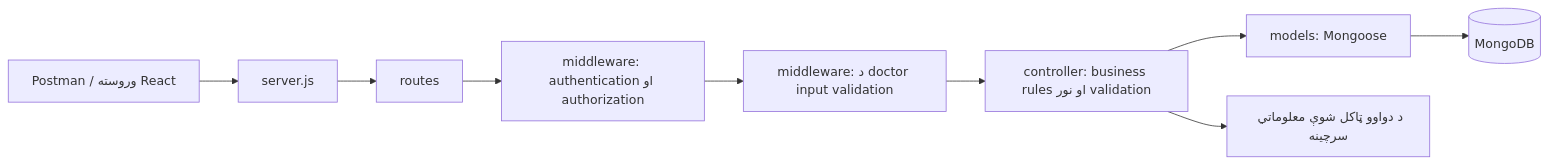
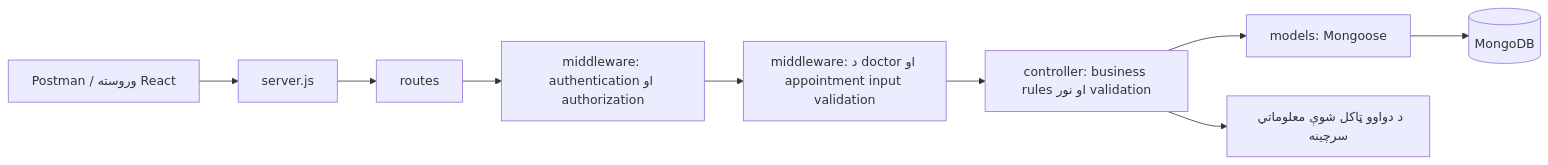
Before and after one commit to hayatullah-zaland/hospital-digital-prescription-system: the first of 3 diagrams in docs/BACKEND_PLAN.md, drawn with Mermaid. The commit also changed other lines of this file and 13 other files, not shown here.

````diff
--- a/docs/BACKEND_PLAN.md
+++ b/docs/BACKEND_PLAN.md
@@ -33,11 +34,11 @@
 ```mermaid
 flowchart LR
     Client[Postman / وروسته React] --> Server[server.js]
     Server --> Routes[routes]
     Routes --> Auth[middleware: authentication او authorization]
-    Auth --> Validation[middleware: د doctor input validation]
+    Auth --> Validation[middleware: د doctor او appointment input validation]
     Validation --> Controllers[controller: business rules او نور validation]
     Controllers --> Models[models: Mongoose]
     Models --> DB[(MongoDB)]
     Controllers --> Knowledge[د دواوو ټاکل شوې معلوماتي سرچینه]
 ```
````
